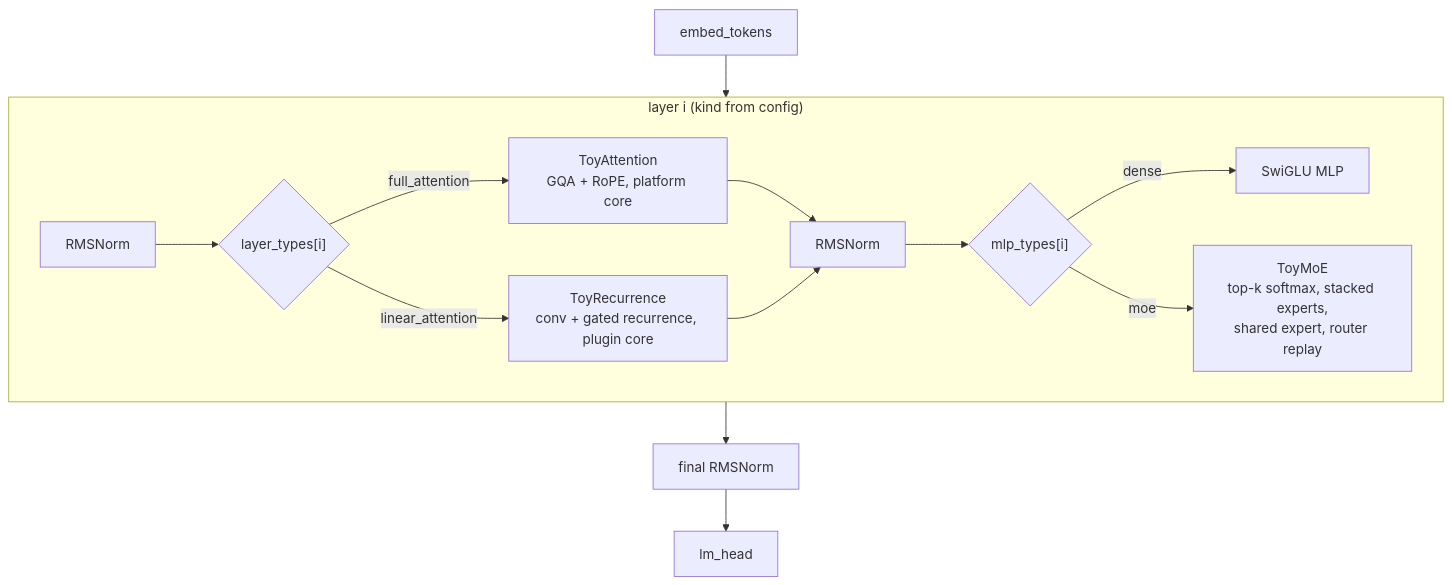
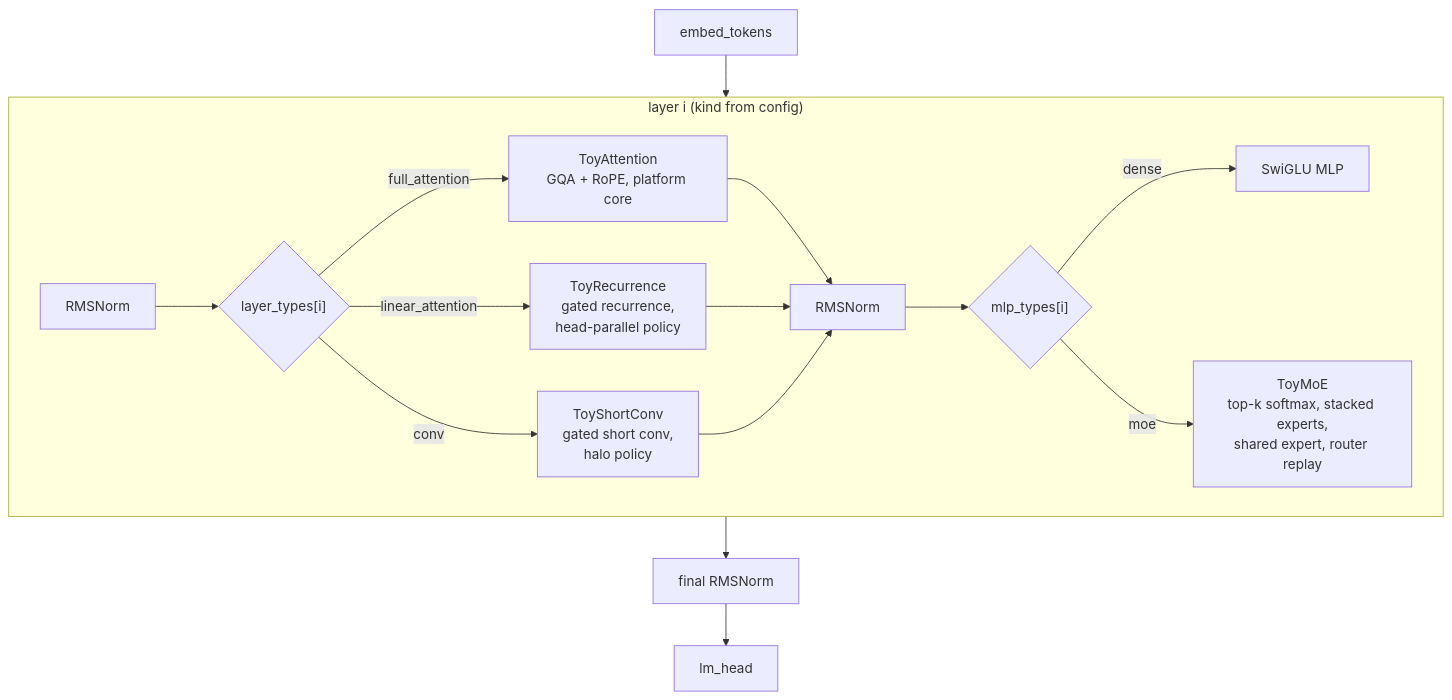
The tenth of 10 diagrams in docs/model-plugins/spec.md (Snowflake-AI-Research/Arctic-Platform), drawn with Mermaid before and after one commit. The commit also changed other lines of this file and 19 other files, not shown here.

````diff
--- a/docs/model-plugins/spec.md
+++ b/docs/model-plugins/spec.md
@@ -556,14 +624,15 @@
 ```mermaid
 flowchart TB
     E["embed_tokens"] --> L0
     subgraph L0["layer i (kind from config)"]
         direction LR
         N1["RMSNorm"] --> MX{"layer_types[i]"}
         MX -->|full_attention| AT["ToyAttention<br/>GQA + RoPE, platform core"]
-        MX -->|linear_attention| RC["ToyRecurrence<br/>conv + gated recurrence, plugin core"]
-        AT & RC --> N2["RMSNorm"] --> MP{"mlp_types[i]"}
+        MX -->|linear_attention| RC["ToyRecurrence<br/>gated recurrence,<br/>head-parallel policy"]
+        MX -->|conv| SC["ToyShortConv<br/>gated short conv,<br/>halo policy"]
+        AT & RC & SC --> N2["RMSNorm"] --> MP{"mlp_types[i]"}
         MP -->|dense| DM["SwiGLU MLP"]
         MP -->|moe| MO["ToyMoE<br/>top-k softmax, stacked experts,<br/>shared expert, router replay"]
     end
     L0 --> F["final RMSNorm"] --> H["lm_head"]
 ```
````
